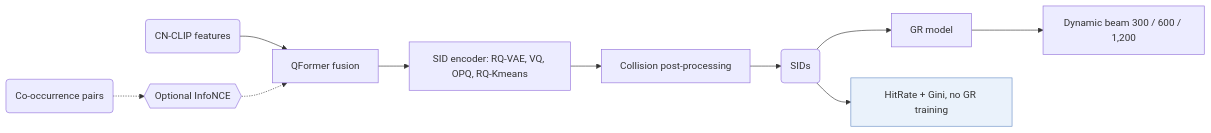
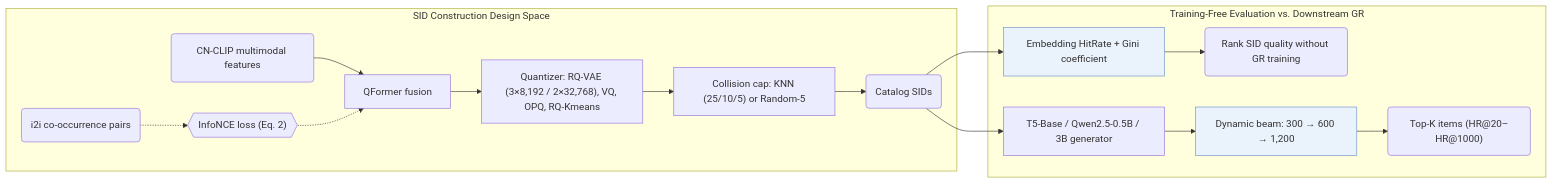
One commit to Galaxy-ghost/Awesome-SID-Generative-Rec changed the diagram in notes/forge.md. Above: the diagram before and after it, drawn with Mermaid. The commit also changed other lines of this file and 649 other files, not shown here.

Commit message:
writer-05: also tags and modality index (schema, check, build, visuals); summary field removed; calibration data for 12 papers

````diff
--- a/notes/forge.md
+++ b/notes/forge.md
@@ -13,13 +14,19 @@
 ```mermaid
 flowchart LR
-    A("CN-CLIP features") --> B["QFormer fusion"]
-    P("Co-occurrence pairs") -.-> L1{{"Optional InfoNCE"}}
-    L1 -.-> B
-    B --> C["SID encoder: RQ-VAE, VQ, OPQ, RQ-Kmeans"]
-    C --> D["Collision post-processing"]
-    D --> E("SIDs")
-    E --> F["GR model"]
-    F --> G["Dynamic beam 300 / 600 / 1,200"]
-    E --> Q["HitRate + Gini, no GR training"]:::key
+    subgraph TokBench["SID Construction Design Space"]
+        A("CN-CLIP multimodal features") --> B["QFormer fusion"]
+        P("i2i co-occurrence pairs") -.-> L1{{"InfoNCE loss (Eq. 2)"}}
+        L1 -.-> B
+        B --> C["Quantizer: RQ-VAE (3×8,192 / 2×32,768), VQ, OPQ, RQ-Kmeans"]
+        C --> D["Collision cap: KNN (25/10/5) or Random-5"]
+        D --> E("Catalog SIDs")
+    end
+    subgraph EvalPath["Training-Free Evaluation vs. Downstream GR"]
+        E --> Q["Embedding HitRate + Gini coefficient"]:::key
+        Q --> Fast("Rank SID quality without GR training")
+        E --> F["T5-Base / Qwen2.5-0.5B / 3B generator"]
+        F --> G["Dynamic beam: 300 → 600 → 1,200"]:::key
+        G --> H("Top-K items (HR@20–HR@1000)")
+    end
     classDef key fill:#eaf2fb,stroke:#6b8fc7
 ```
````
